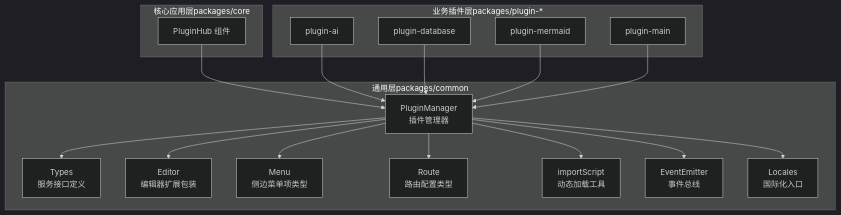
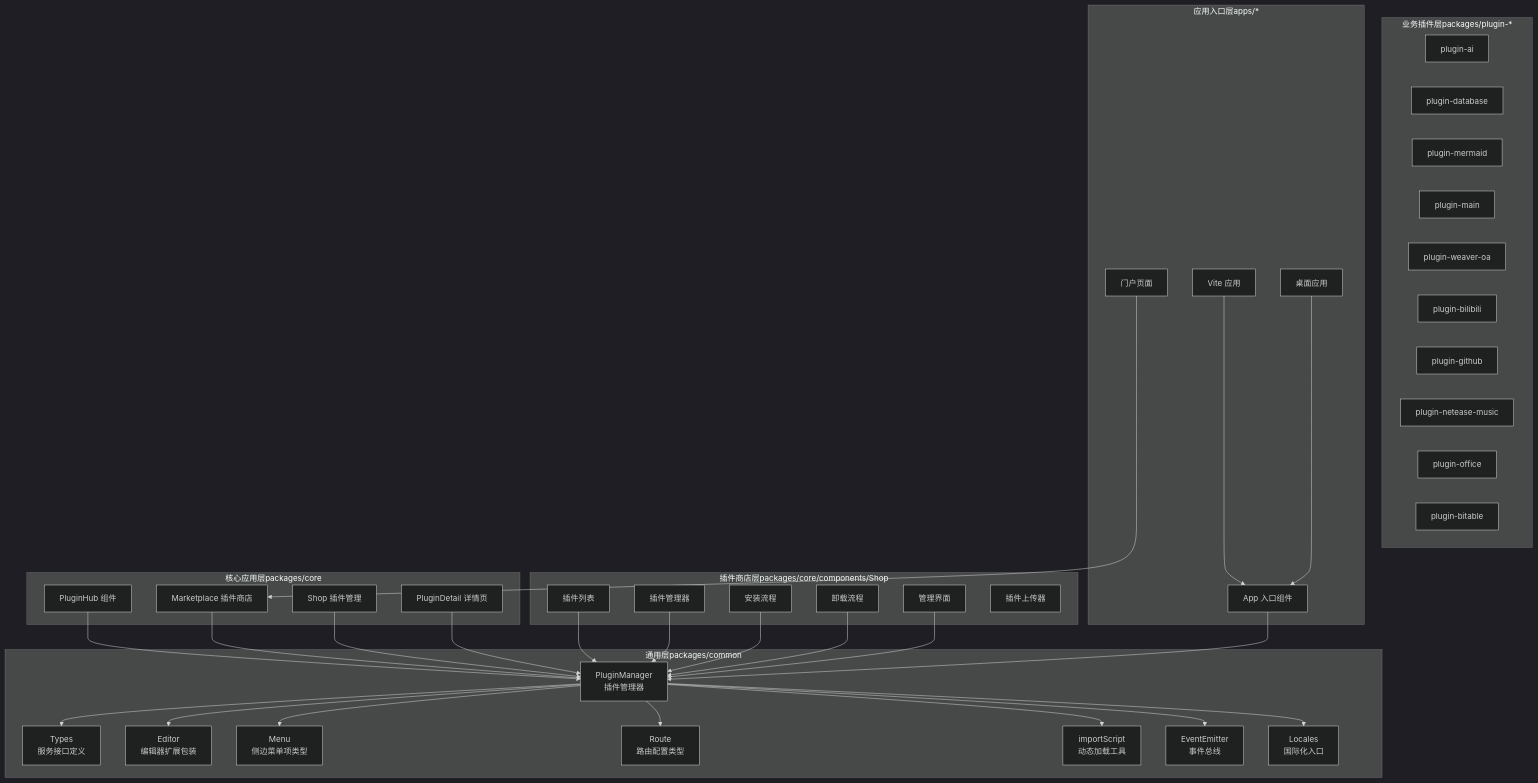
The first of 20 diagrams in .qoder/repowiki/zh/content/架构设计/插件系统架构/插件系统架构.md (LRF0422/Kotion), drawn with Mermaid (dark theme) before and after one commit. The commit also changed other lines of this file and 75 other files, not shown here.

````diff
--- a/.qoder/repowiki/zh/content/架构设计/插件系统架构/插件系统架构.md
+++ b/.qoder/repowiki/zh/content/架构设计/插件系统架构/插件系统架构.md
@@ -42,34 +85,65 @@
 ```mermaid
 graph TB
 subgraph "通用层packages/common"
 PM["PluginManager<br/>插件管理器"]
 Types["Types<br/>服务接口定义"]
 Editor["Editor<br/>编辑器扩展包装"]
 Menu["Menu<br/>侧边菜单项类型"]
 Route["Route<br/>路由配置类型"]
 ImportUtil["importScript<br/>动态加载工具"]
 Event["EventEmitter<br/>事件总线"]
 Locales["Locales<br/>国际化入口"]
 end
 subgraph "业务插件层packages/plugin-*"
 PluginAI["plugin-ai"]
 PluginDB["plugin-database"]
 PluginMermaid["plugin-mermaid"]
 PluginMain["plugin-main"]
+PluginWeaverOA["plugin-weaver-oa"]
+PluginBilibili["plugin-bilibili"]
+PluginGitHub["plugin-github"]
+PluginNetEase["plugin-netease-music"]
+PluginOffice["plugin-office"]
+PluginBitable["plugin-bitable"]
 end
 subgraph "核心应用层packages/core"
 PluginHub["PluginHub 组件"]
+Marketplace["Marketplace 插件商店"]
+Shop["Shop 插件管理"]
+PluginDetail["PluginDetail 详情页"]
 end
-PluginHub --> PM
+subgraph "插件商店层packages/core/components/Shop"
+Install["安装流程"]
+Uninstall["卸载流程"]
+Manage["管理界面"]
+PluginList["插件列表"]
+PluginManagerComp["插件管理器"]
+PluginUploader["插件上传器"]
+end
+subgraph "应用入口层apps/*"
+AppEntry["App 入口组件"]
+ViteApp["Vite 应用"]
+DesktopApp["桌面应用"]
+LandingPage["门户页面"]
+end
 PM --> ImportUtil
 PM --> Event
 PM --> Types
 PM --> Editor
 PM --> Menu
 PM --> Route
 PM --> Locales
-PluginAI --> PM
-PluginDB --> PM
-PluginMermaid --> PM
-PluginMain --> PM
+PluginHub --> PM
+Marketplace --> PM
+Shop --> PM
+PluginDetail --> PM
+PluginList --> PM
+PluginManagerComp --> PM
+Install --> PM
+Uninstall --> PM
+Manage --> PM
+AppEntry --> PM
+ViteApp --> AppEntry
+DesktopApp --> AppEntry
+LandingPage --> Marketplace
 ```
````
